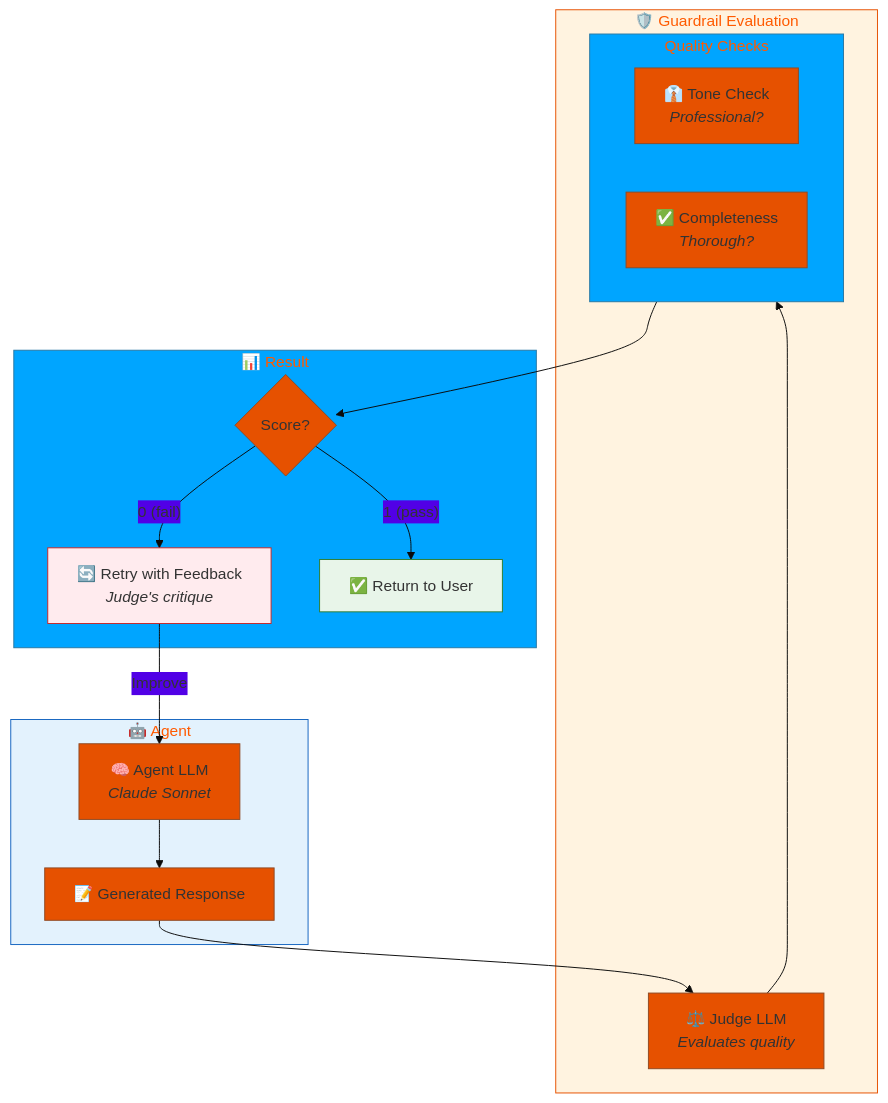
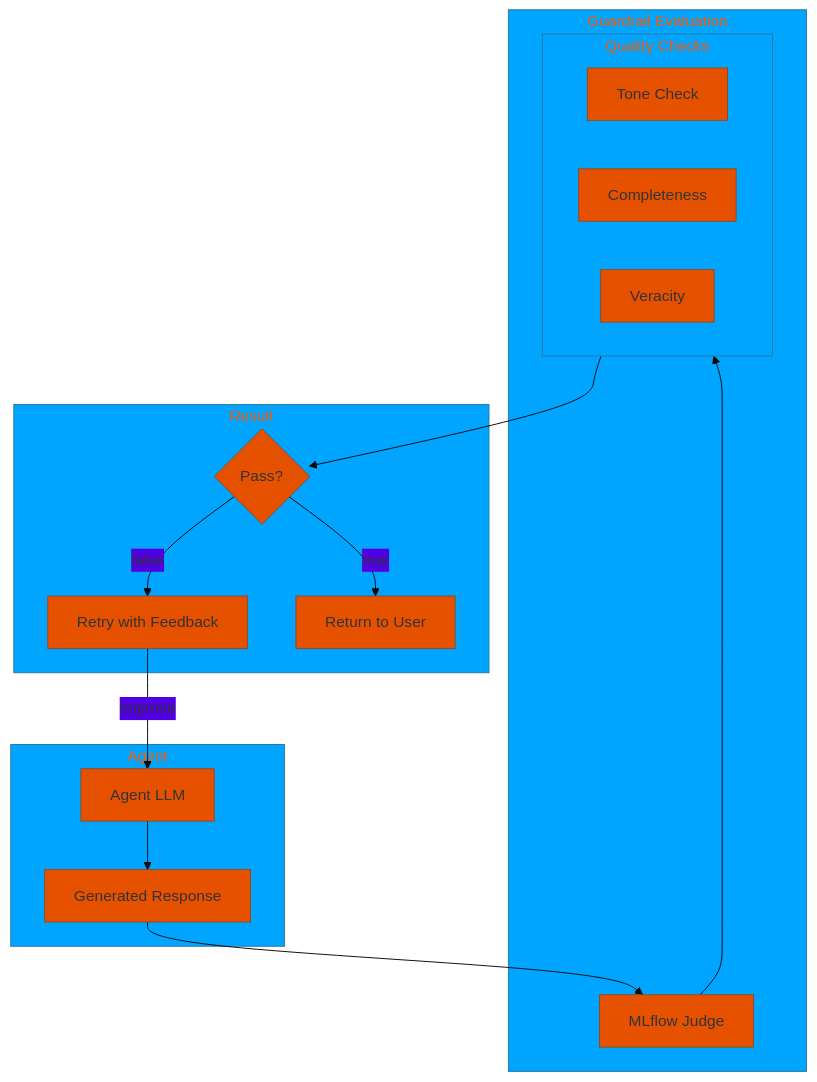
One commit to natefleming/retail-ai changed the first of 2 diagrams in config/examples/08_guardrails/README.md. Above: the diagram before and after it, drawn with Mermaid. The commit also changed other lines of this file and 24 other files, not shown here.

Commit message:
replace openeval with mlflow make judge

````diff
--- a/config/examples/08_guardrails/README.md
+++ b/config/examples/08_guardrails/README.md
@@ -9,38 +11,34 @@
 ```mermaid
 %%{init: {'theme': 'base', 'themeVariables': { 'primaryColor': '#e65100'}}}%%
 flowchart TB
-    subgraph Agent["🤖 Agent"]
-        LLM["🧠 Agent LLM<br/><i>Claude Sonnet</i>"]
-        Response["📝 Generated Response"]
+    subgraph Agent["Agent"]
+        LLM["Agent LLM"]
+        Response["Generated Response"]
         LLM --> Response
     end
 
-    subgraph Guardrails["🛡️ Guardrail Evaluation"]
-        Judge["⚖️ Judge LLM<br/><i>Evaluates quality</i>"]
+    subgraph Guardrails["Guardrail Evaluation"]
+        Judge["MLflow Judge"]
         
         subgraph Checks["Quality Checks"]
             direction LR
-            Tone["👔 Tone Check<br/><i>Professional?</i>"]
-            Complete["✅ Completeness<br/><i>Thorough?</i>"]
+            Tone["Tone Check"]
+            Complete["Completeness"]
+            Veracity["Veracity"]
         end
         
         Judge --> Checks
     end
 
-    subgraph Result["📊 Result"]
-        Pass{Score?}
-        Retry["🔄 Retry with Feedback<br/><i>Judge's critique</i>"]
-        Approve["✅ Return to User"]
+    subgraph Result["Result"]
+        Pass{Pass?}
+        Retry["Retry with Feedback"]
+        Approve["Return to User"]
     end
 
     Response --> Judge
     Checks --> Pass
-    Pass -->|"0 (fail)"| Retry
+    Pass -->|"false"| Retry
     Retry -->|"Improve"| LLM
-    Pass -->|"1 (pass)"| Approve
-
-    style Agent fill:#e3f2fd,stroke:#1565c0
-    style Guardrails fill:#fff3e0,stroke:#e65100
-    style Approve fill:#e8f5e9,stroke:#2e7d32
-    style Retry fill:#ffebee,stroke:#c62828
+    Pass -->|"true"| Approve
 ```
````
